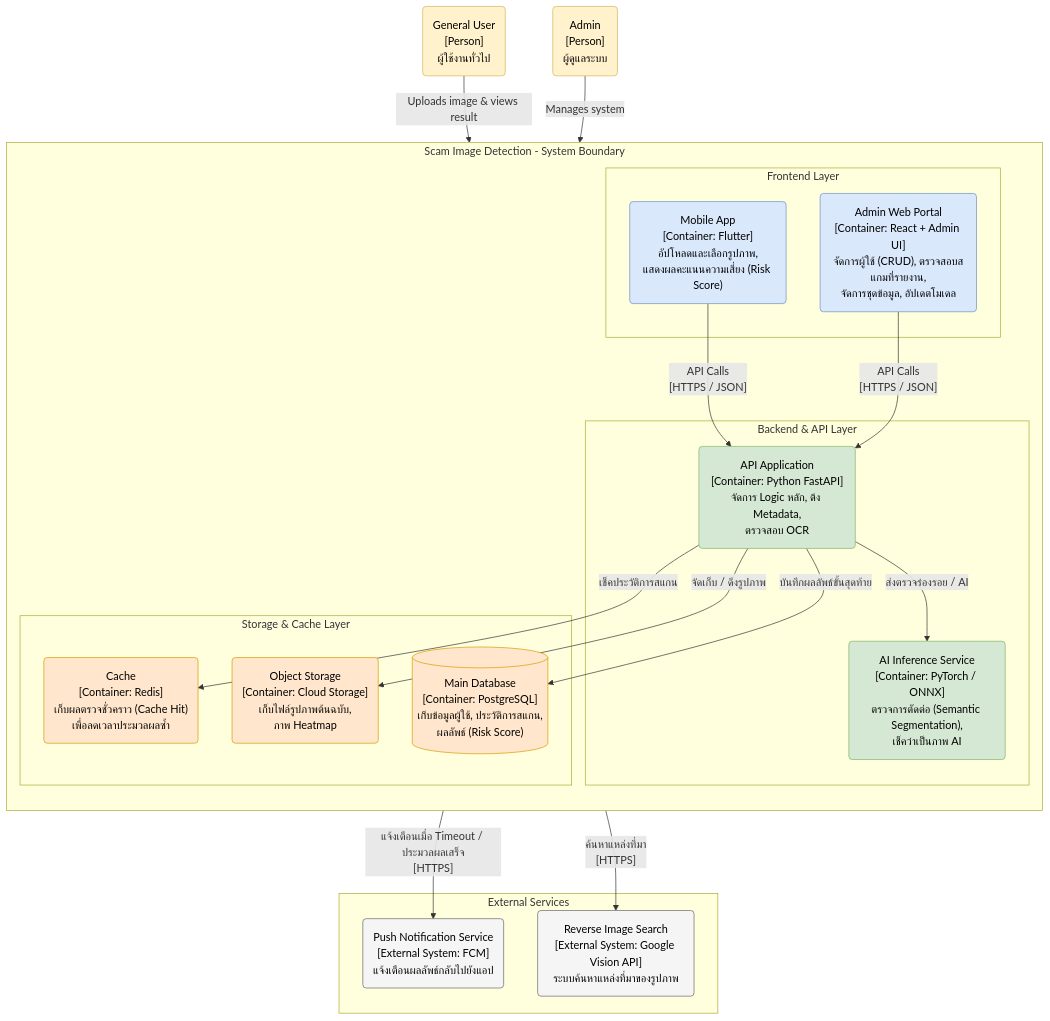
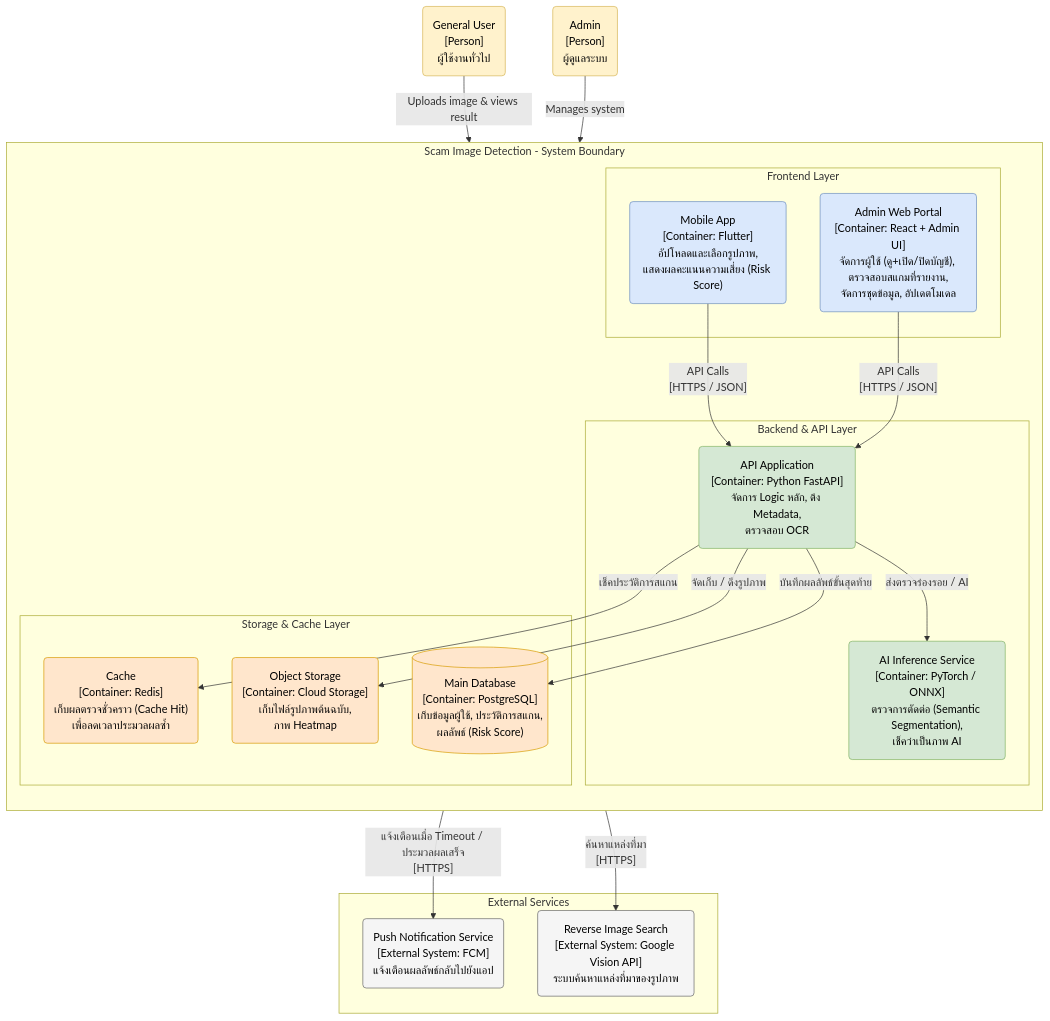
One commit to Panuwat-ta/project changed the second of 4 diagrams in wiki/requirements/srs.md. Above: the diagram before and after it, drawn with Mermaid. The commit also changed other lines of this file and 24 other files, not shown here.

````diff
--- a/wiki/requirements/srs.md
+++ b/wiki/requirements/srs.md
@@ -141,62 +141,62 @@
 ```mermaid
 flowchart TB
     %% การตั้งค่า Class สีต่างๆ
     classDef userFill fill:#fff2cc,stroke:#d6b656,color:black
     classDef clientFill fill:#dae8fc,stroke:#6c8ebf,color:black
     classDef backendFill fill:#d5e8d4,stroke:#82b366,color:black
     classDef storageFill fill:#ffe6cc,stroke:#d79b00,color:black
     classDef extFill fill:#f5f5f5,stroke:#666666,color:black
 
     %% Actors Boundary
     User("General User<br>[Person]<br>ผู้ใช้งานทั่วไป")
     Admin("Admin<br>[Person]<br>ผู้ดูแลระบบ")
 
     %% System Boundary
     subgraph ScamSystem [Scam Image Detection - System Boundary]
         direction TB
 
         subgraph Frontends [Frontend Layer]
             MobileApp("Mobile App<br>[Container: Flutter]<br>อัปโหลดและเลือกรูปภาพ,<br>แสดงผลคะแนนความเสี่ยง (Risk Score)")
-            AdminPortal("Admin Web Portal<br>[Container: React + Admin UI]<br>จัดการผู้ใช้ (CRUD), ตรวจสอบสแกมที่รายงาน,<br>จัดการชุดข้อมูล, อัปเดตโมเดล")
+            AdminPortal("Admin Web Portal<br>[Container: React + Admin UI]<br>จัดการผู้ใช้ (ดู+เปิด/ปิดบัญชี), ตรวจสอบสแกมที่รายงาน,<br>จัดการชุดข้อมูล, อัปเดตโมเดล")
         end
 
         subgraph Backends [Backend & API Layer]
             APIGateway("API Application<br>[Container: Python FastAPI]<br>จัดการ Logic หลัก, ดึง Metadata,<br>ตรวจสอบ OCR")
             AIInference("AI Inference Service<br>[Container: PyTorch / ONNX]<br>ตรวจการตัดต่อ (Semantic Segmentation),<br>เช็คว่าเป็นภาพ AI")
         end
 
         subgraph Storages [Storage & Cache Layer]
             Cache("Cache<br>[Container: Redis]<br>เก็บผลตรวจชั่วคราว (Cache Hit)<br>เพื่อลดเวลาประมวลผลซ้ำ")
             ObjectStore("Object Storage<br>[Container: Cloud Storage]<br>เก็บไฟล์รูปภาพต้นฉบับ,<br>ภาพ Heatmap")
             MainDB[("Main Database<br>[Container: PostgreSQL]<br>เก็บข้อมูลผู้ใช้, ประวัติการสแกน,<br>ผลลัพธ์ (Risk Score)")]
         end
     end
 
     %% External Systems Boundary
     subgraph Externals [External Services]
         PushService("Push Notification Service<br>[External System: FCM]<br>แจ้งเตือนผลลัพธ์กลับไปยังแอป")
         ReverseSearch("Reverse Image Search<br>[External System: Google Vision API]<br>ระบบค้นหาแหล่งที่มาของรูปภาพ")
     end
 
     %% Relationships / Associations
     User -- "Uploads image & views result" --> MobileApp
     Admin -- "Manages system" --> AdminPortal
 
     MobileApp -- "API Calls<br>[HTTPS / JSON]" --> APIGateway
     AdminPortal -- "API Calls<br>[HTTPS / JSON]" --> APIGateway
 
     APIGateway -- "เช็คประวัติการสแกน" --> Cache
     APIGateway -- "ส่งตรวจร่องรอย / AI" --> AIInference
     APIGateway -- "จัดเก็บ / ดึงรูปภาพ" --> ObjectStore
     APIGateway -- "บันทึกผลลัพธ์ขั้นสุดท้าย" --> MainDB
     
     APIGateway -- "แจ้งเตือนเมื่อ Timeout / ประมวลผลเสร็จ<br>[HTTPS]" --> PushService
     APIGateway -- "ค้นหาแหล่งที่มา<br>[HTTPS]" --> ReverseSearch
 
     %% Apply Styles
     class User,Admin userFill
     class MobileApp,AdminPortal clientFill
     class APIGateway,AIInference backendFill
     class Cache,ObjectStore,MainDB storageFill
     class PushService,ReverseSearch extFill
 ```
````
